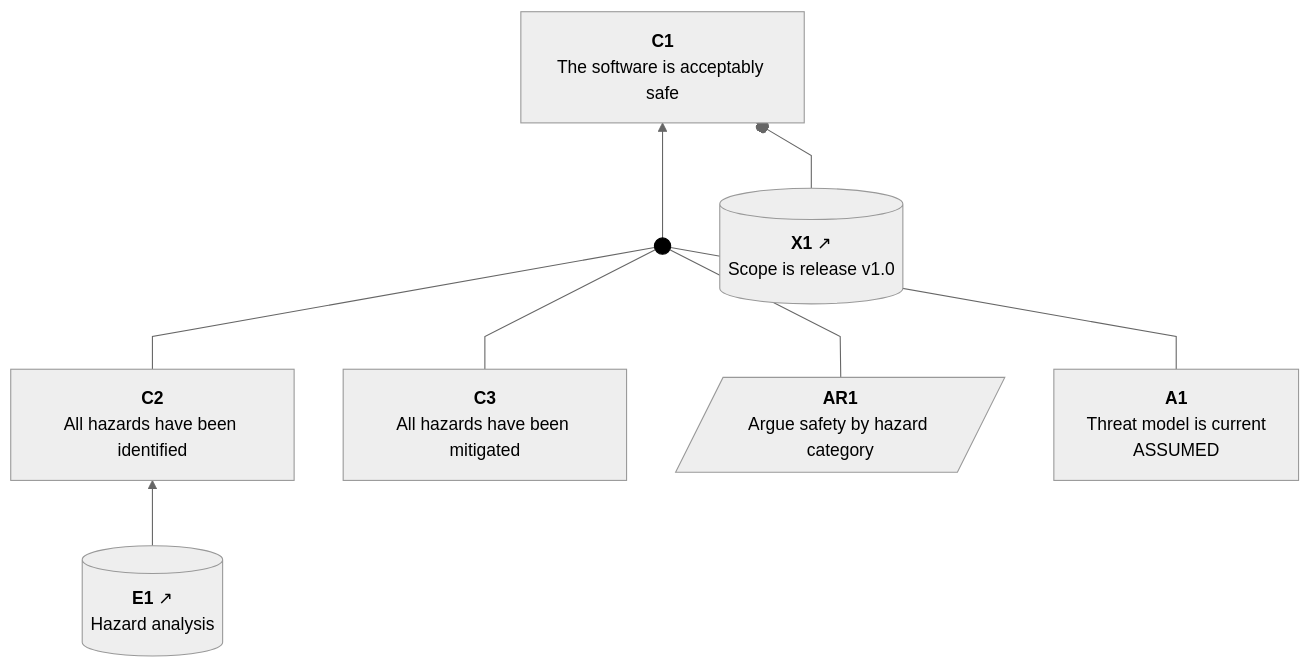
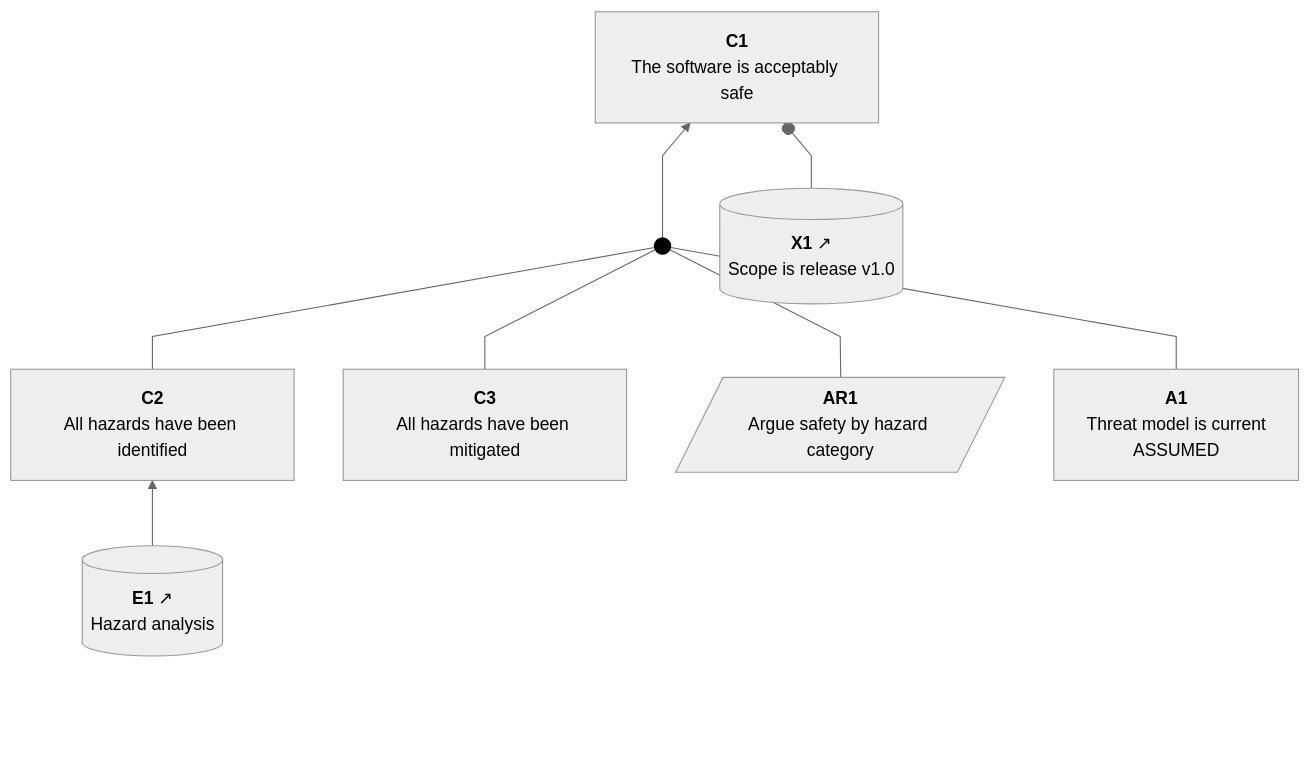
The diagram in tests/fixtures/inline-expected.md (david-a-wheeler/verocase), drawn with Mermaid before and after one commit. The commit also changed other lines of this file and 10 other files, not shown here.

````diff
--- a/tests/fixtures/inline-expected.md
+++ b/tests/fixtures/inline-expected.md
@@ -14,36 +14,36 @@
 ```mermaid
 ---
 config:
   theme: neutral
   flowchart:
     curve: linear
     htmlLabels: true
     rankSpacing: 60
     nodeSpacing: 45
     padding: 15
 ---
 flowchart BT
     classDef invisible opacity:0
     classDef sacmDot fill:#000,stroke:#000
     classDef connector fill:none,stroke:#cccccc,stroke-width:1px;
     classDef abstractClaim stroke-width:2px,stroke-dasharray: 5 5;
     C1["<b>C1</b><br>The software is acceptably safe"]
     AR1[/"<b>AR1</b><br>Argue safety by hazard category"/]
     A1["<b>A1</b><br>Threat model is current<br>ASSUMED"]
     X1[("<b>X1</b>&nbsp;↗<br>Scope is release v1.0")]
     C2["<b>C2</b><br>All hazards have been identified"]
     C3["<b>C3</b><br>All hazards have been mitigated"]
     E1[("<b>E1</b>&nbsp;↗<br>Hazard analysis")]
     Dot1((" ")):::sacmDot
     click X1 "release-notes.md"
     click E1 "hara.pdf"
 
-    BottomPadding[ ]:::invisible ~~~ C1
+    BottomPadding[ ]:::invisible ~~~ E1
     E1 --> C2
     C2 --- Dot1
     C3 --- Dot1
     AR1 --- Dot1
     A1 --- Dot1
     Dot1 --> C1
     X1 --o C1
 ```
````
